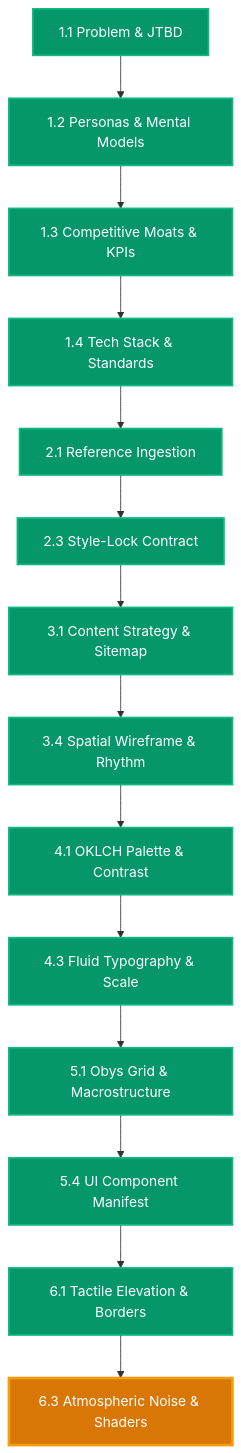
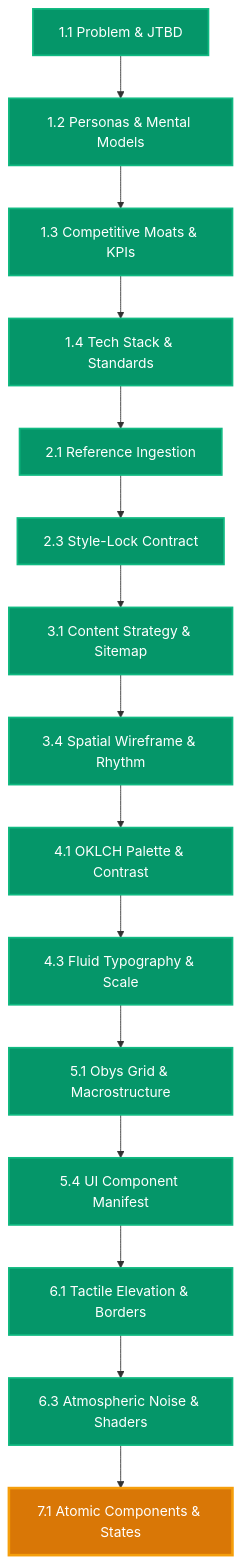
The diagram in RESUME.md (atinek-182/Vidya-Dham-Academy), drawn with Mermaid before and after one commit. The commit also changed other lines of this file and 2 other files, not shown here.

````diff
--- a/RESUME.md
+++ b/RESUME.md
@@ -42,20 +41,21 @@
 ```mermaid
 graph TD
   P1_1["1.1 Problem & JTBD"]:::completed --> P1_2["1.2 Personas & Mental Models"]:::completed
   P1_2 --> P1_3["1.3 Competitive Moats & KPIs"]:::completed
   P1_3 --> P1_4["1.4 Tech Stack & Standards"]:::completed
   P1_4 --> P2_1["2.1 Reference Ingestion"]:::completed
   P2_1 --> P2_3["2.3 Style-Lock Contract"]:::completed
   P2_3 --> P3_1["3.1 Content Strategy & Sitemap"]:::completed
   P3_1 --> P3_4["3.4 Spatial Wireframe & Rhythm"]:::completed
   P3_4 --> P4_1["4.1 OKLCH Palette & Contrast"]:::completed
   P4_1 --> P4_3["4.3 Fluid Typography & Scale"]:::completed
   P4_3 --> P5_1["5.1 Obys Grid & Macrostructure"]:::completed
   P5_1 --> P5_4["5.4 UI Component Manifest"]:::completed
   P5_4 --> P6_1["6.1 Tactile Elevation & Borders"]:::completed
-  P6_1 --> P6_3["6.3 Atmospheric Noise & Shaders"]:::active
+  P6_1 --> P6_3["6.3 Atmospheric Noise & Shaders"]:::completed
+  P6_3 --> P7_1["7.1 Atomic Components & States"]:::active
 
   classDef completed fill:#059669,stroke:#10b981,color:#ffffff,stroke-width:2px;
   classDef active fill:#d97706,stroke:#f59e0b,color:#ffffff,stroke-width:3px;
   classDef pending fill:#1f2937,stroke:#374151,color:#9ca3af,stroke-width:1px;
 ```
````
